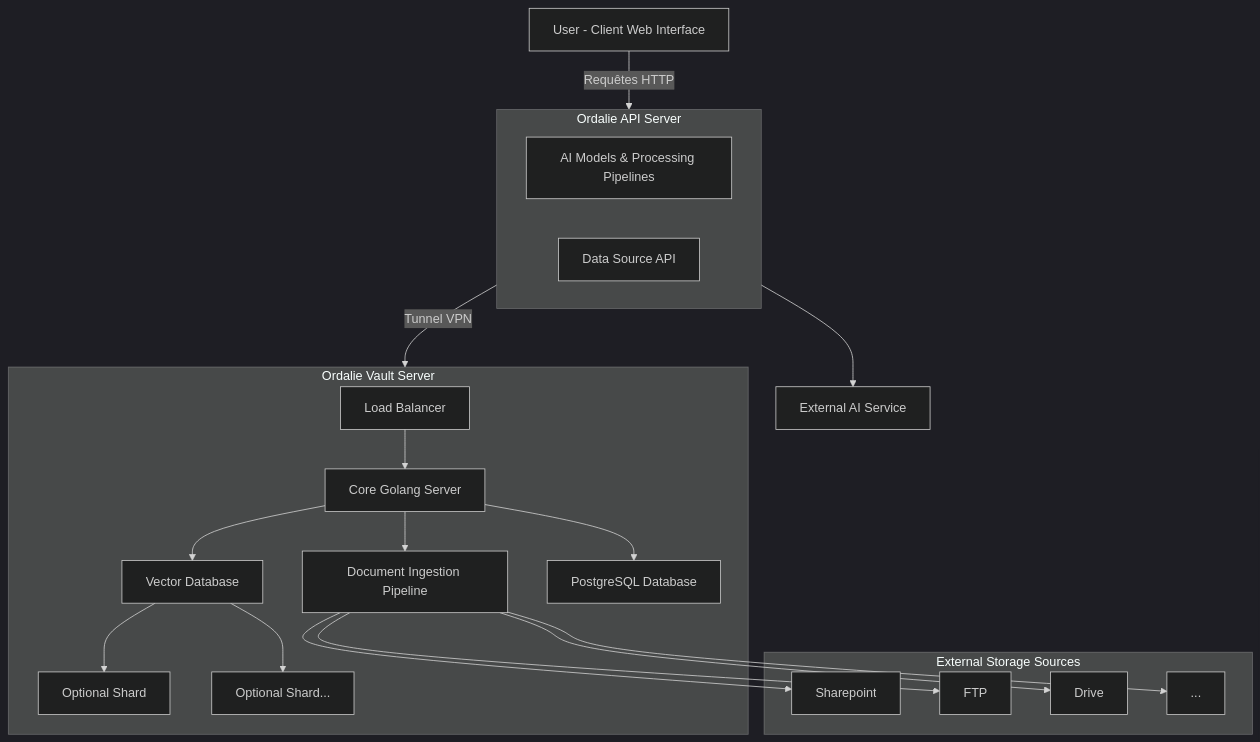
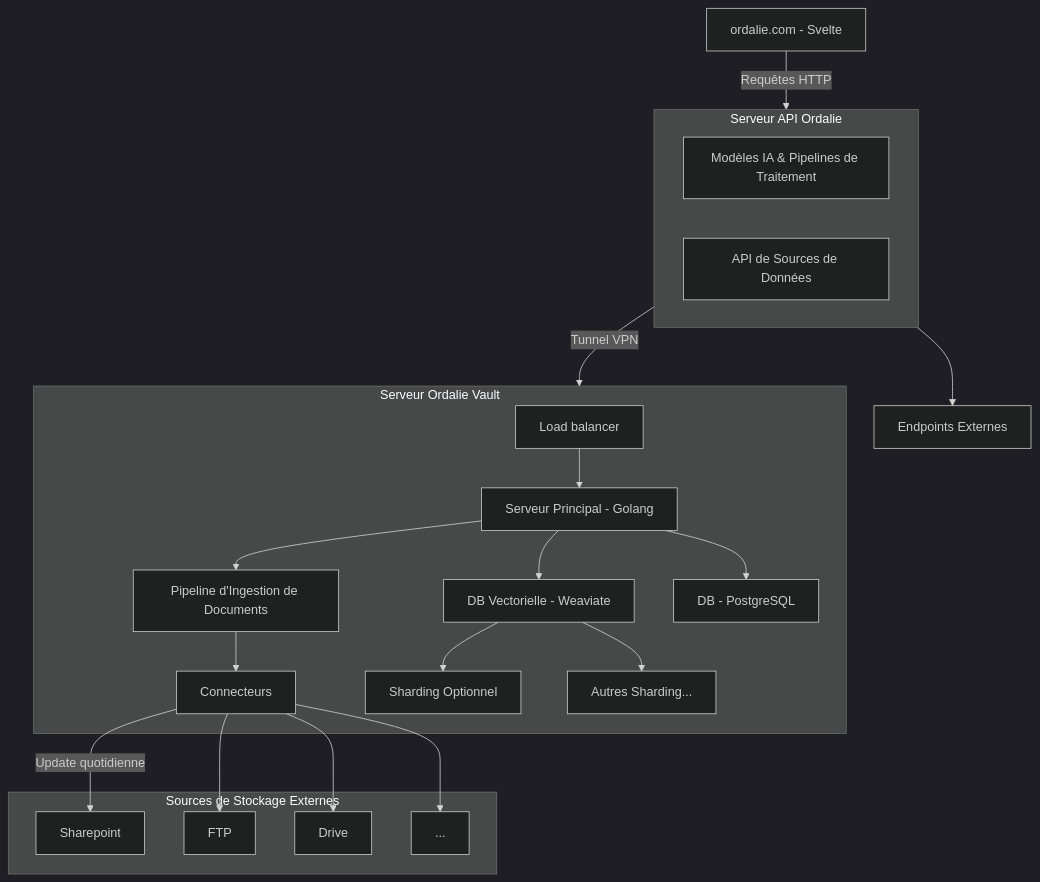
One commit to OrdalieTech/assets changed the diagram in docs/doc.md. Above: the diagram before and after it, drawn with Mermaid (dark theme). The commit also changed other lines of this file, not shown here.

Commit message:
updating docs (unfinished)

````diff
--- a/docs/doc.md
+++ b/docs/doc.md
@@ -63,28 +63,29 @@
 ```mermaid
 graph TD
-    Client[User - Client Web Interface ] -->|Requêtes HTTP| API_Server
-    subgraph API_Server[Ordalie API Server]
-        AI_Models[AI Models & Processing Pipelines]
-        Data_Source_API[Data Source API]
+    Utilisateur[ordalie.com - Svelte] -->|Requêtes HTTP| Serveur_API
+    subgraph Serveur_API[Serveur API Ordalie]
+        Modeles_IA[Modèles IA & Pipelines de Traitement]
+        API_Sources_Donnees[API de Sources de Données]
     end
-    API_Server --> AI_Service[External AI Service]
-    API_Server -->|Tunnel VPN| Vault_Server
-    subgraph Vault_Server[Ordalie Vault Server]
-        Load_Balancer[Load Balancer] --> Core_Server[Core Golang Server]
-        Core_Server --> Doc_Ingestion_Pipeline[Document Ingestion Pipeline]
-        Core_Server --> Vector_DB[Vector Database]
-        Core_Server --> SQL_DB[PostgreSQL Database]
-        Vector_DB --> Optional_Shard2[Optional Shard]
-        Vector_DB --> Optional_Shard3[Optional Shard...]
+    Serveur_API --> Services_Ext[Endpoints Externes]
+    Serveur_API -->|Tunnel VPN| Serveur_Vault
+    subgraph Serveur_Vault[Serveur Ordalie Vault]
+        Equilibreur_Charge[Load balancer] --> Serveur_Central[Serveur Principal - Golang]
+        Serveur_Central --> Pipeline_Ingestion_Docs[Pipeline d'Ingestion de Documents]
+        Pipeline_Ingestion_Docs --> Connecteurs[Connecteurs]
+        Serveur_Central --> BDD_Vecteur[DB Vectorielle - Weaviate]
+        Serveur_Central --> BDD_SQL[DB - PostgreSQL]
+        BDD_Vecteur --> Partition_Optionnelle2[Sharding Optionnel]
+        BDD_Vecteur --> Partition_Optionnelle3[Autres Sharding...]
     end
-    subgraph External_Storage[External Storage Sources]
-        Storage1[Sharepoint]
-        Storage2[FTP]
-        Storage3[Drive]
-        Other_Sources[...]
+    subgraph Stockage_Externe[Sources de Stockage Externes]
+        Stockage1[Sharepoint]
+        Stockage2[FTP]
+        Stockage3[Drive]
+        Autres_Sources[...]
     end
-    Doc_Ingestion_Pipeline --> Storage1
-    Doc_Ingestion_Pipeline --> Storage2
-    Doc_Ingestion_Pipeline --> Storage3
-    Doc_Ingestion_Pipeline --> Other_Sources
+    Connecteurs -->|Update quotidienne| Stockage1
+    Connecteurs --> Stockage2
+    Connecteurs --> Stockage3
+    Connecteurs --> Autres_Sources
 ```
````
